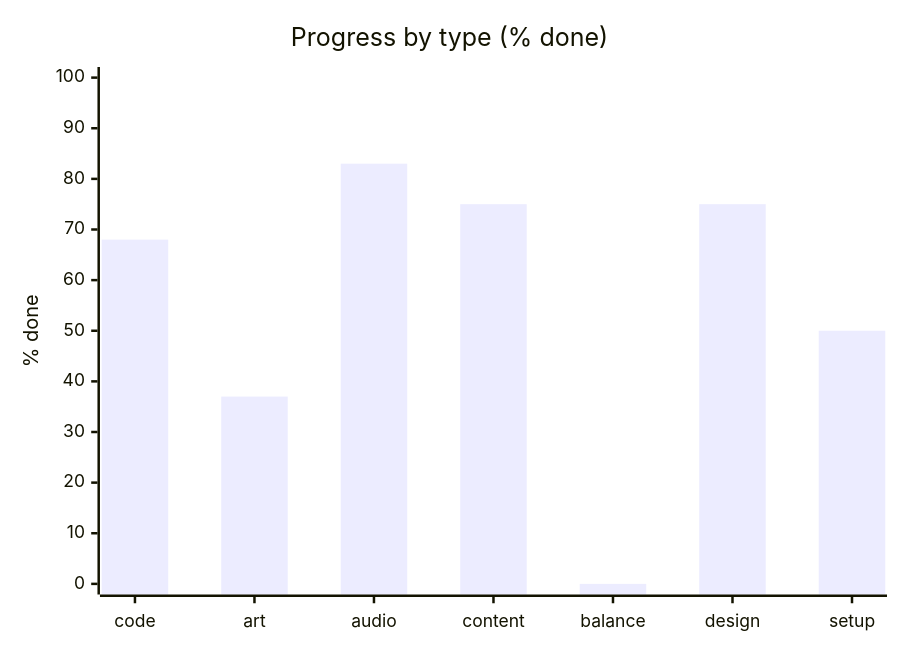
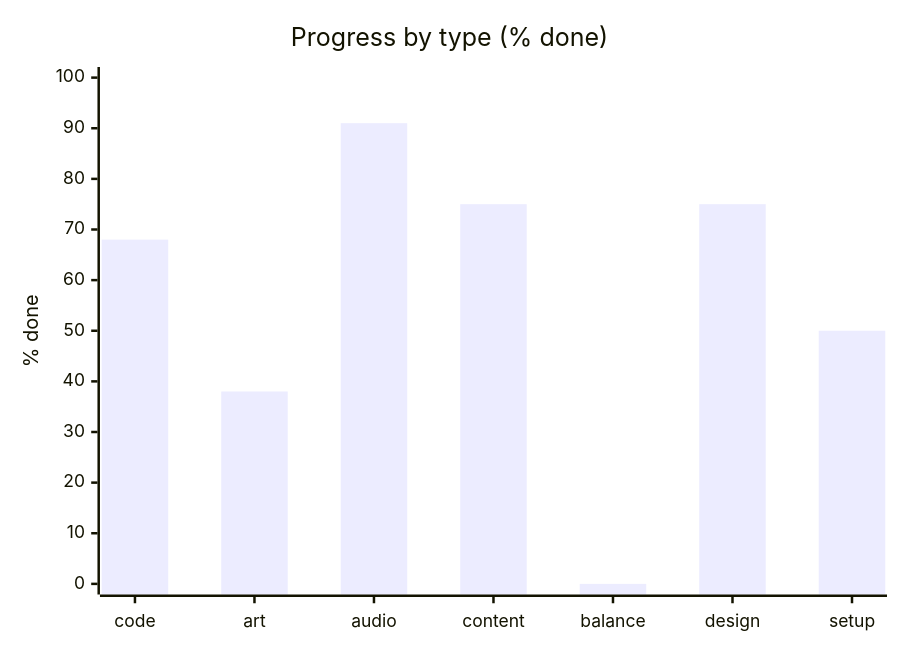
Before and after one commit to artemiiShabanov/RallyRivals: the second of 3 diagrams in STATUS.md, drawn with Mermaid. The commit also changed other lines of this file and 1 other file, not shown here.

````diff
--- a/STATUS.md
+++ b/STATUS.md
@@ -17,7 +17,7 @@
 ```mermaid
 xychart-beta
     title "Progress by type (% done)"
     x-axis ["code", "art", "audio", "content", "balance", "design", "setup"]
     y-axis "% done" 0 --> 100
-    bar [68, 37, 83, 75, 0, 75, 50]
+    bar [68, 38, 91, 75, 0, 75, 50]
 ```
````
